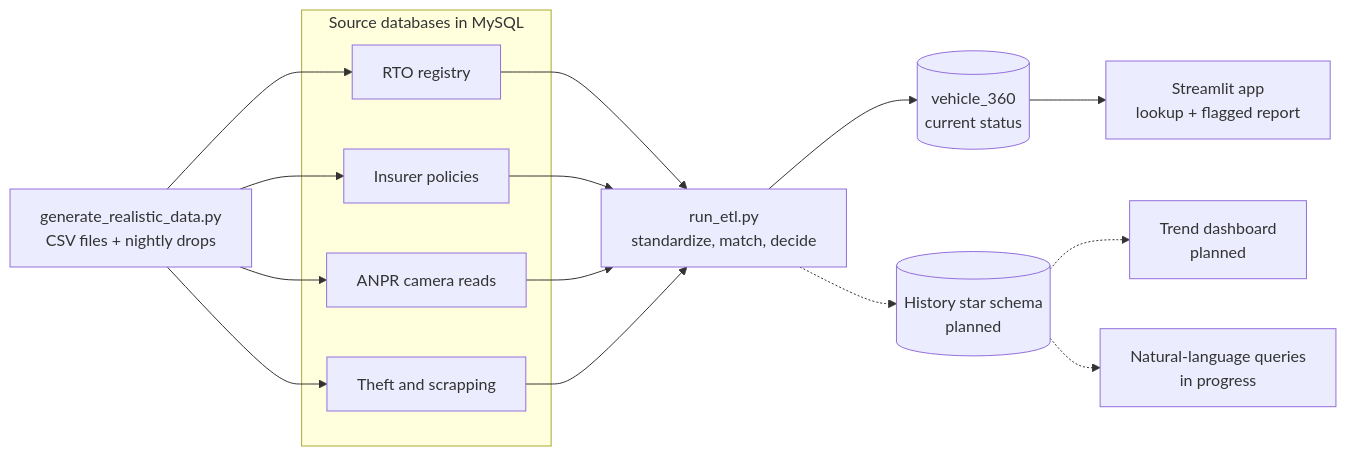
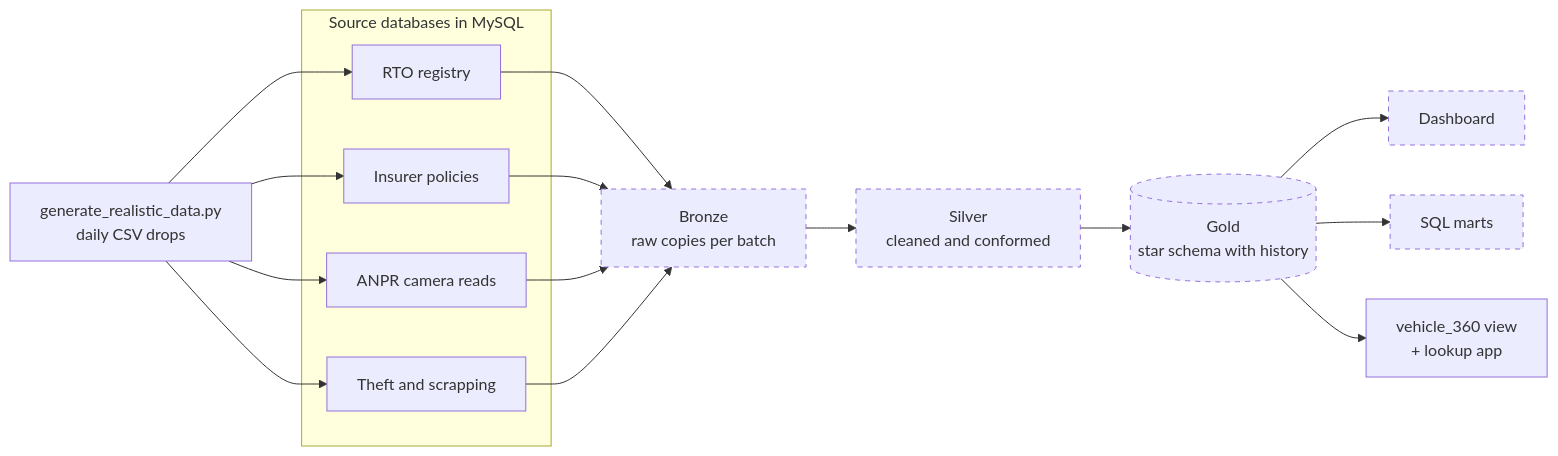
The diagram in README.md (cakash691/Vehicle-Compliance-Platform), drawn with Mermaid before and after one commit. The commit also changed other lines of this file, not shown here.

Commit message:
Reframe README as a data warehouse + ETL project

````diff
--- a/README.md
+++ b/README.md
@@ -18,22 +20,22 @@
 ```mermaid
 flowchart LR
-    G["generate_realistic_data.py<br/>CSV files + nightly drops"]
+    G["generate_realistic_data.py<br/>daily CSV drops"]
     subgraph SRC["Source databases in MySQL"]
         R["RTO registry"]
         P["Insurer policies"]
         C["ANPR camera reads"]
         T["Theft and scrapping"]
     end
-    E["run_etl.py<br/>standardize, match, decide"]
-    V[("vehicle_360<br/>current status")]
-    A["Streamlit app<br/>lookup + flagged report"]
-    H[("History star schema<br/>planned")]
-    D["Trend dashboard<br/>planned"]
-    N["Natural-language queries<br/>in progress"]
+    B["Bronze<br/>raw copies per batch"]
+    S["Silver<br/>cleaned and conformed"]
+    GD[("Gold<br/>star schema with history")]
+    DB["Dashboard"]
+    M["SQL marts"]
+    V["vehicle_360 view<br/>+ lookup app"]
     G --> R & P & C & T
-    R & P & C & T --> E
-    E --> V --> A
-    E -.-> H
-    H -.-> D
-    H -.-> N
+    R & P & C & T --> B
+    B --> S --> GD
+    GD --> DB & M & V
+    classDef planned stroke-dasharray: 5 5
+    class B,S,GD,DB,M planned
 ```
````
